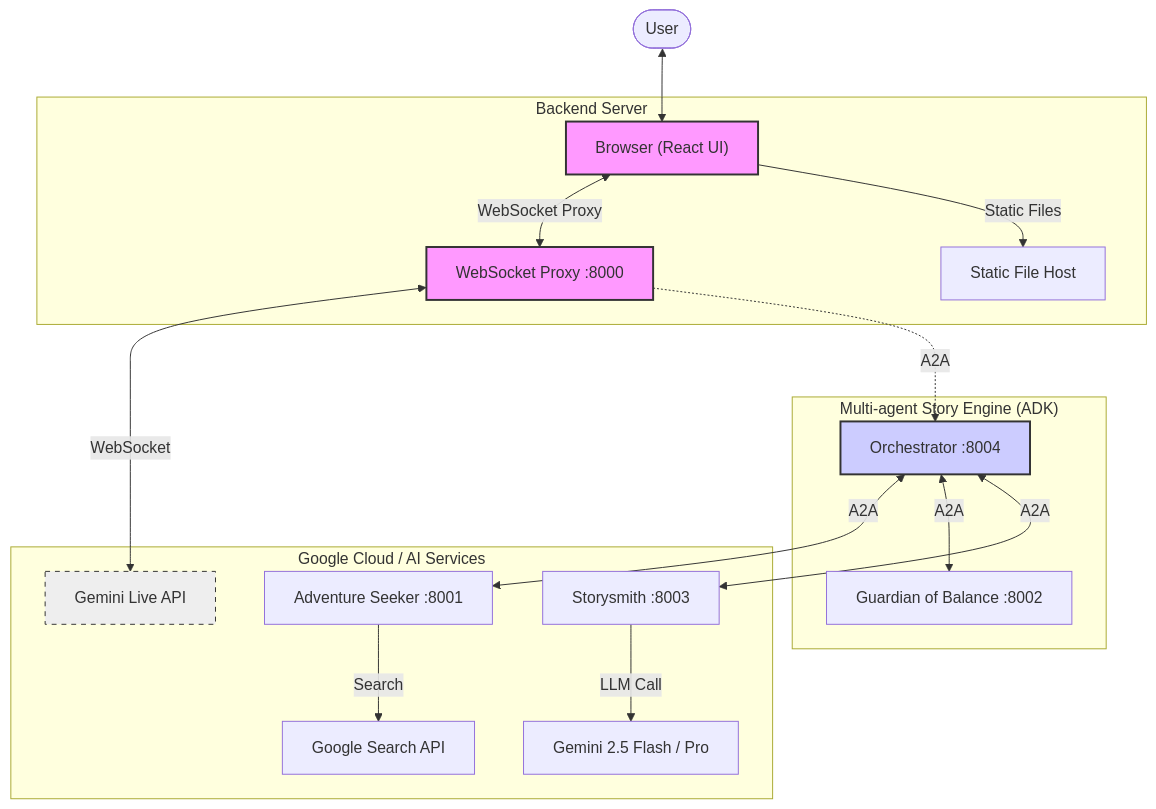
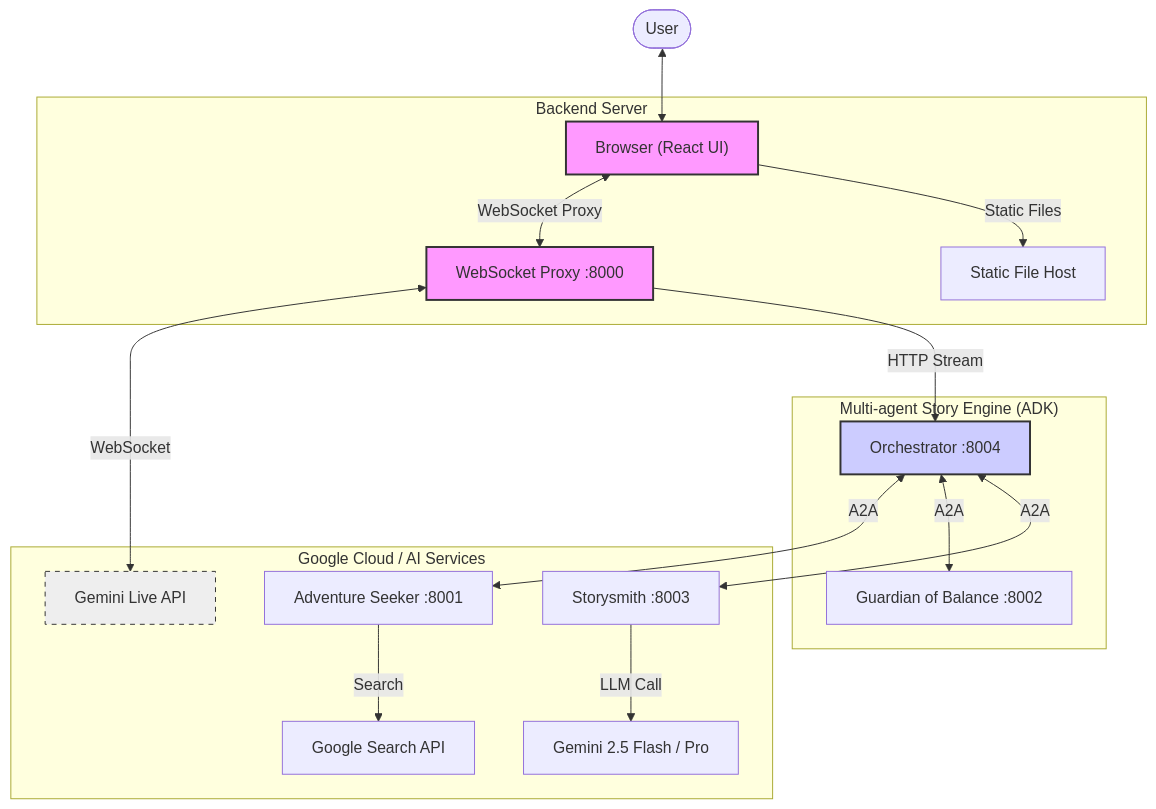
The first of 4 diagrams in ARCHITECTURE.md (vero-code/gemini-tales-v2), drawn with Mermaid before and after one commit. The commit also changed other lines of this file and 1 other file, not shown here.

````diff
--- a/ARCHITECTURE.md
+++ b/ARCHITECTURE.md
@@ -45,27 +45,27 @@
 ```mermaid
 graph TD
     User([User]) <--> Browser["Browser (React UI)"]
     
     subgraph "Backend Server"
         Browser <-->|WebSocket Proxy| Proxy[WebSocket Proxy :8000]
         Browser -->|Static Files| Static[Static File Host]
     end
     
     subgraph "Google Cloud / AI Services"
         Proxy <-->|WebSocket| LiveAPI[Gemini Live API]
         Storysmith -->|LLM Call| FlashPro[Gemini 2.5 Flash / Pro]
         Researcher -->|Search| GoogleSearch[Google Search API]
     end
     
     subgraph "Multi-agent Story Engine (ADK)"
-        Proxy -.->|A2A| Orchestrator[Orchestrator :8004]
+        Proxy -->|HTTP Stream| Orchestrator[Orchestrator :8004]
         Orchestrator <-->|A2A| Researcher[Adventure Seeker :8001]
         Orchestrator <-->|A2A| Judge[Guardian of Balance :8002]
         Orchestrator <-->|A2A| Storysmith[Storysmith :8003]
     end
     
     style Browser fill:#f9f,stroke:#333,stroke-width:2px
     style Proxy fill:#f9f,stroke:#333,stroke-width:2px
     style Orchestrator fill:#ccf,stroke:#333,stroke-width:2px
     style LiveAPI fill:#eee,stroke:#333,stroke-dasharray: 5 5
 ```
````
